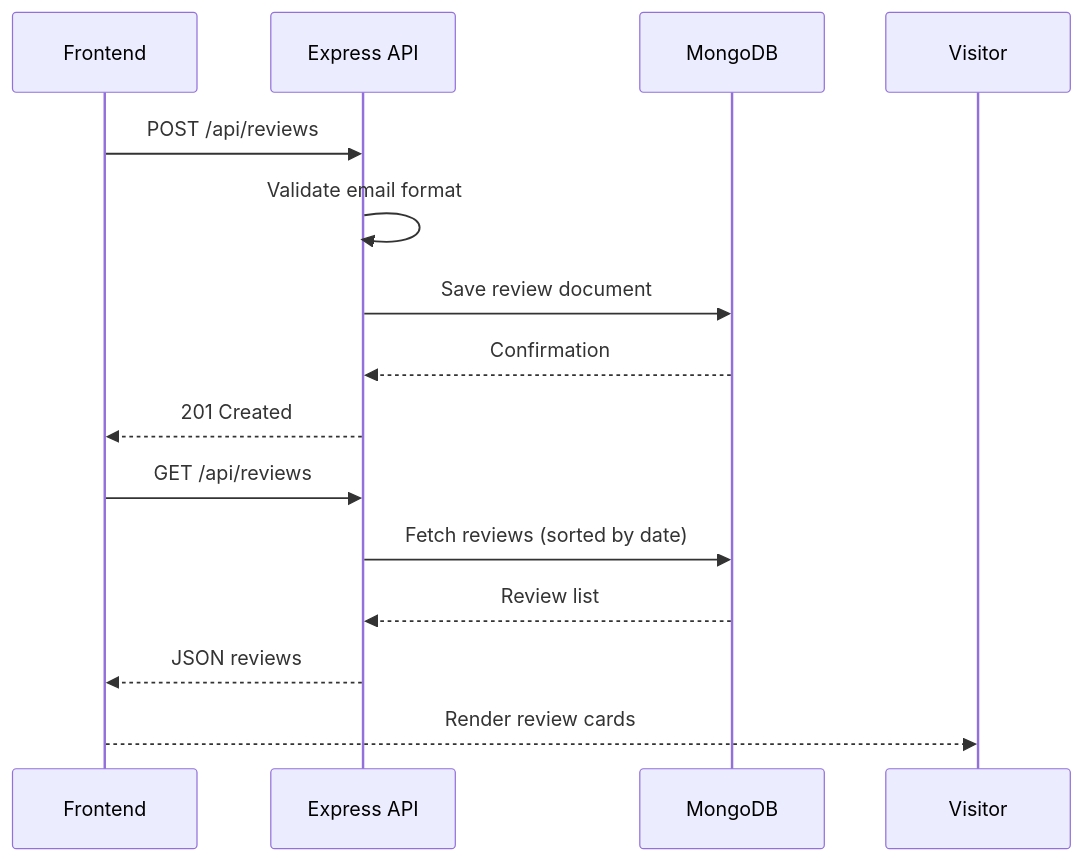
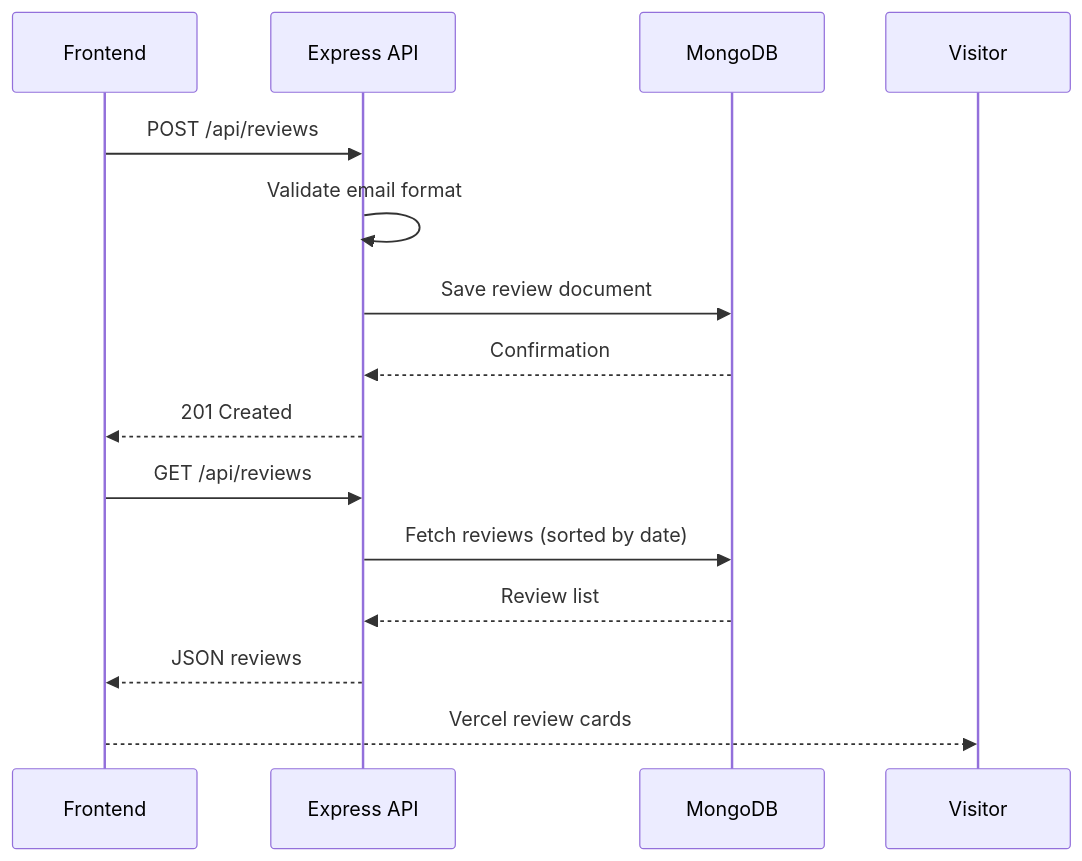
The second of 2 diagrams in README.md (Satyamtiwari23/Portfolio), drawn with Mermaid before and after one commit. The commit also changed other lines of this file, not shown here.

First line of the commit message:
Change deployment details from Render to Vercel

````diff
--- a/README.md
+++ b/README.md
@@ -77,14 +77,14 @@
 ```mermaid
 sequenceDiagram
 
 Frontend->>Express API: POST /api/reviews
 Express API->>Express API: Validate email format
 Express API->>MongoDB: Save review document
 MongoDB-->>Express API: Confirmation
 Express API-->>Frontend: 201 Created
 Frontend->>Express API: GET /api/reviews
 Express API->>MongoDB: Fetch reviews (sorted by date)
 MongoDB-->>Express API: Review list
 Express API-->>Frontend: JSON reviews
-Frontend-->>Visitor: Render review cards
+Frontend-->>Visitor: Vercel review cards
 ```
````
